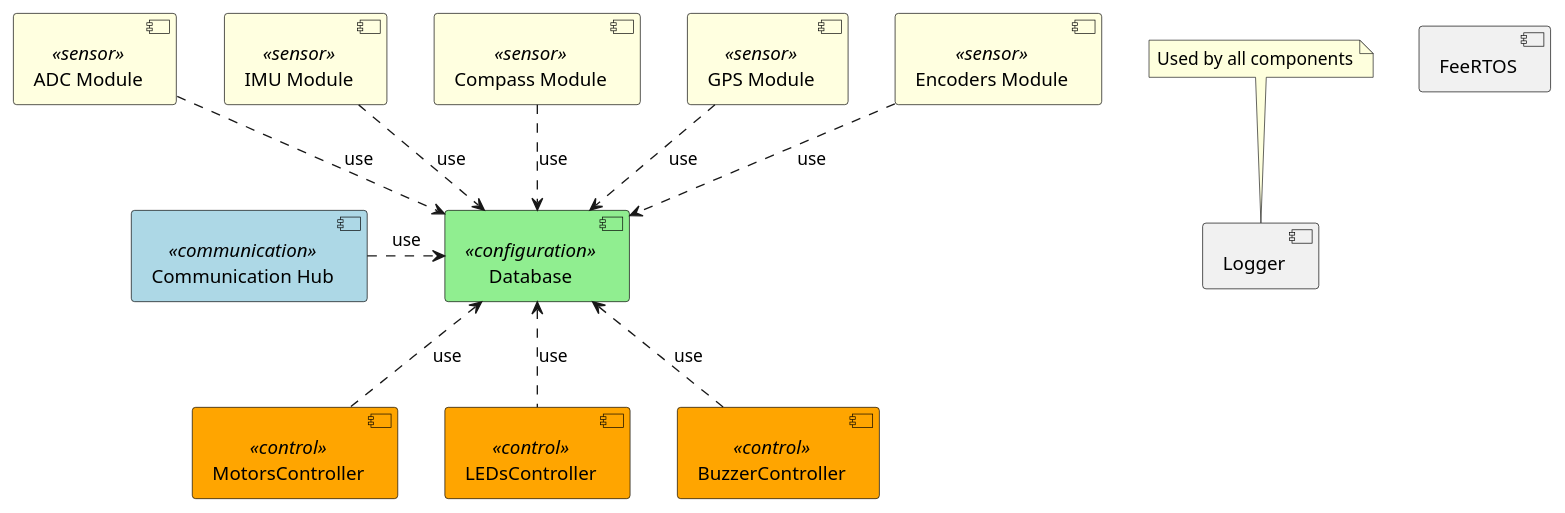
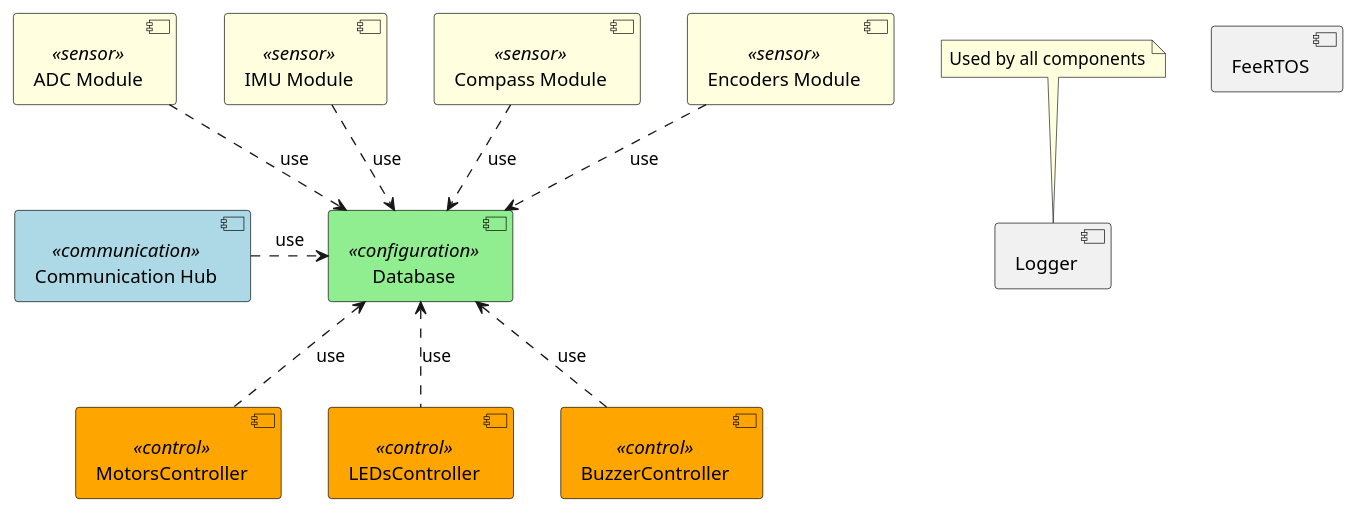
The first of 15 diagrams in docs/sad.md (KPI-Rover/ecu_sw), drawn with PlantUML before and after one commit. The commit also changed other lines of this file, not shown here.

Commit message:
SAD: Define architecture for ADC component

````diff
--- a/docs/sad.md
+++ b/docs/sad.md
@@ -40,44 +39,42 @@
 ```plantuml
     @startuml
     skinparam component {
     BackgroundColor<<communication>> LightBlue
     BackgroundColor<<sensor>> LightYellow
     BackgroundColor<<configuration>> LightGreen
     BackgroundColor<<control>> Orange
     BorderColor Black
     FontColor Black
     }
 
     component "Database" <<configuration>>
 
     component "Communication Hub" <<communication>>
 
     component "MotorsController" <<control>>
     
     component "ADC Module" <<sensor>>
     component "IMU Module" <<sensor>>
     component "Compass Module" <<sensor>>
-    component "GPS Module" <<sensor>>
     component "Encoders Module" <<sensor>>
 
     component "LEDsController" <<control>>
     component "BuzzerController" <<control>>
     component "Logger"
     component "FeeRTOS"
 
     note top of "Logger"
       Used by all components
     end note
 
     [Communication Hub] .right.> [Database] : "use"
     
     [ADC Module] .down.> [Database] : "use"
     [IMU Module] .down.> [Database] : "use"
     [Compass Module] .down.> [Database] : "use"
-    [GPS Module] .down.> [Database] : "use"
     [Encoders Module] .down.> [Database] : "use"
     [MotorsController] .up.> [Database] : "use"
     [LEDsController] .up.> [Database] : "use"
     [BuzzerController] .up.> [Database] : "use"
     @enduml
 ```
````
